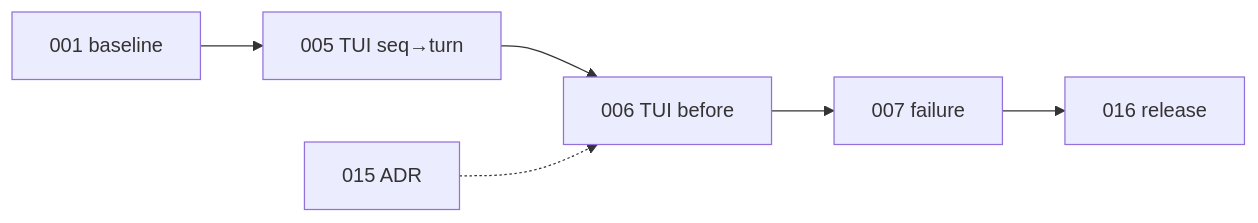
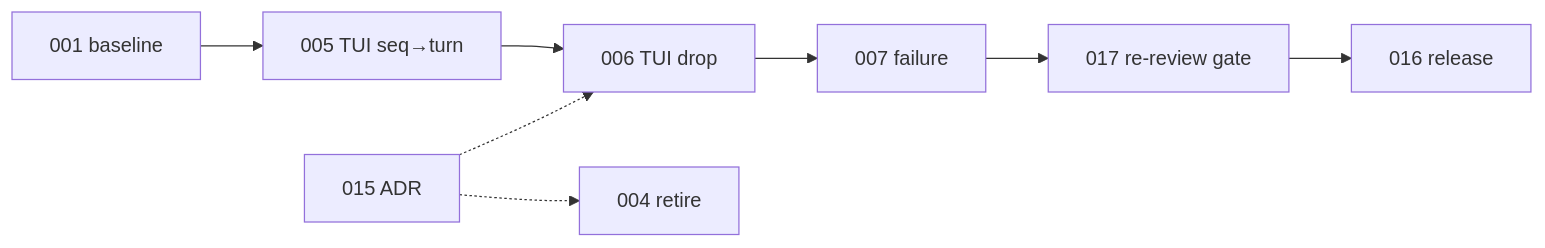
Before and after one commit to shayanrc/dsh-rewind-compact: the second of 2 diagrams in docs/tickets/dependency-graph.md, drawn with Mermaid. The commit also changed other lines of this file and 32 other files, not shown here.

````diff
--- a/docs/tickets/dependency-graph.md
+++ b/docs/tickets/dependency-graph.md
@@ -150,5 +159,5 @@
 ```mermaid
 flowchart LR
-  c001["001 baseline"] --> c005["005 TUI seq→turn"] --> c006["006 TUI before"] --> c007["007 failure"] --> c016["016 release"]
-  c015["015 ADR"] -.-> c006
+  c001["001 baseline"] --> c005["005 TUI seq→turn"] --> c006["006 TUI drop"] --> c007["007 failure"] --> c017["017 re-review gate"] --> c016["016 release"]
+  c015["015 ADR"] -.-> c004["004 retire"] & c006
 ```
````
